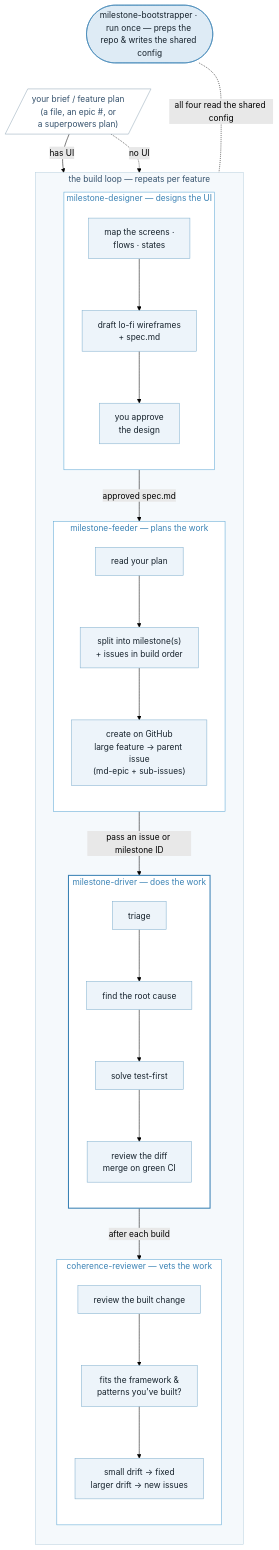
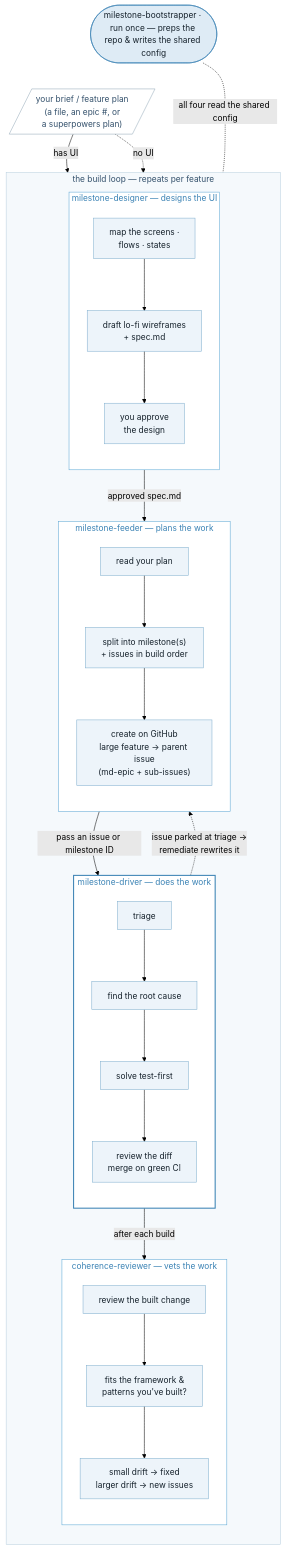
One commit to kenmulford/milestone-suite changed the diagram in README.md. Above: the diagram before and after it, drawn with Mermaid (forest theme). The commit also changed other lines of this file, not shown here.

First line of the commit message:
docs(readme): bring the build-loop visual and quickstart current with remediate

````diff
--- a/README.md
+++ b/README.md
@@ -15,45 +15,46 @@
 ```mermaid
 flowchart TD
     boot(["milestone-bootstrapper · run once — preps the repo &amp; writes the shared config"])
 
     plan[/"your brief / feature plan<br/>(a file, an epic #, or<br/>a superpowers plan)"/]
 
     subgraph loop [the build loop — repeats per feature]
         direction TB
         subgraph sgG [milestone-designer — designs the UI]
             direction TB
             g1["map the screens ·<br/>flows · states"] --> g2["draft lo-fi wireframes<br/>+ spec.md"] --> g3["you approve<br/>the design"]
         end
         subgraph sgF [milestone-feeder — plans the work]
             direction TB
             f1["read your plan"] --> f2["split into milestone(s)<br/>+ issues in build order"] --> f3["create on GitHub<br/>large feature → parent issue<br/>(md-epic + sub-issues)"]
         end
         subgraph sgD [milestone-driver — does the work]
             direction TB
             d1["triage"] --> d2["find the root cause"] --> d3["solve test-first"] --> d4["review the diff<br/>merge on green CI"]
         end
         subgraph sgR [coherence-reviewer — vets the work]
             direction TB
             r1["review the built change"] --> r2["fits the framework &amp;<br/>patterns you've built?"] --> r3["small drift → fixed<br/>larger drift → new issues"]
         end
 
         sgG -->|approved spec.md| sgF
         sgF -->|pass an issue or milestone ID| sgD
         sgD -->|after each build| sgR
+        sgD -.->|"issue parked at triage →<br/>remediate rewrites it"| sgF
     end
 
     boot ~~~ plan
     plan -->|has UI| sgG
     plan -.->|no UI| sgF
     boot <-.-|all four read the shared config| loop
 
     style boot fill:#DEEBF5,stroke:#3A82B4,color:#15212B
     style plan fill:#FFFFFF,stroke:#94A9B8,color:#33506B
     style loop fill:#F5F9FC,stroke:#B9CFDF,color:#33506B
     style sgG fill:#FFFFFF,stroke:#5AA6D4,color:#3A82B4
     style sgF fill:#FFFFFF,stroke:#5AA6D4,color:#3A82B4
     style sgD fill:#FFFFFF,stroke:#3A82B4,stroke-width:2px,color:#3A82B4
     style sgR fill:#FFFFFF,stroke:#5AA6D4,color:#3A82B4
     classDef action fill:#EDF4FA,stroke:#7FAECE,color:#15212B
     class g1,g2,g3,f1,f2,f3,d1,d2,d3,d4,r1,r2,r3 action
 ```
````
